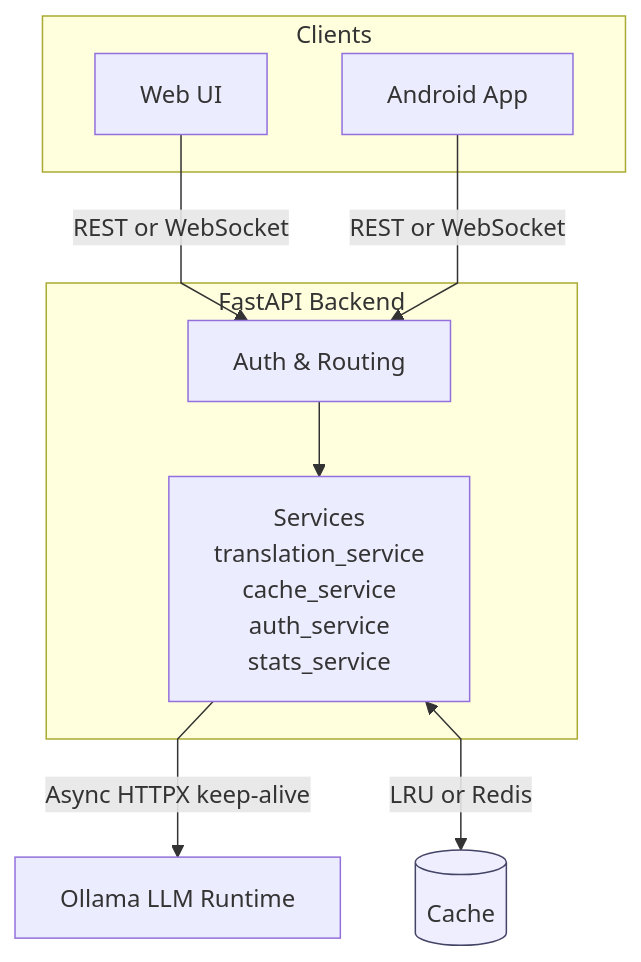
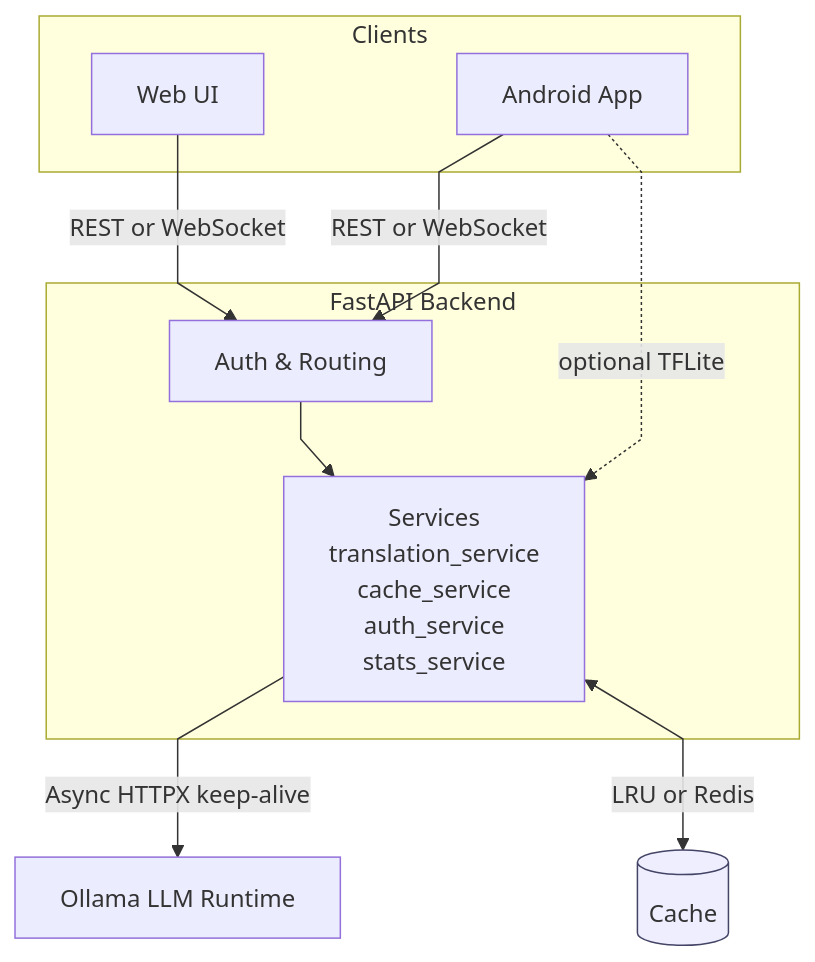
One commit to phoenixjyb/llmytranslate changed the first of 2 diagrams in docs/architecture/SYSTEM_ARCHITECTURE.md. Above: the diagram before and after it, drawn with Mermaid. The commit also changed other lines of this file and 2 other files, not shown here.

Commit message:
docs(architecture): note TFLite on-device runtime (TinyLlama/SpeechT5); clarify web uses Ollama by default; add cross-cutting status in roadmap

````diff
--- a/docs/architecture/SYSTEM_ARCHITECTURE.md
+++ b/docs/architecture/SYSTEM_ARCHITECTURE.md
@@ -30,23 +35,26 @@
 ```mermaid
 %%{init: {'flowchart': {'curve': 'linear'}} }%%
 flowchart TD
   subgraph Clients
     Web[Web UI]
     Android[Android App]
   end
   subgraph Backend[FastAPI Backend]
     API[Auth & Routing]
     Svc[Services\ntranslation_service\ncache_service\nauth_service\nstats_service]
   end
   Cache[(Cache)]
   Ollama[Ollama LLM Runtime]
 
   Web -->|REST or WebSocket| API
   Android -->|REST or WebSocket| API
   API --> Svc
   Svc -->|Async HTTPX keep-alive| Ollama
   Svc <-->|LRU or Redis| Cache
 
+  %% Optional on-device path (Android / local smoke tests)
+  Android -. optional TFLite .-> Svc
+
   classDef store fill:#eef,stroke:#446;
   class Cache store;
 ```
````
